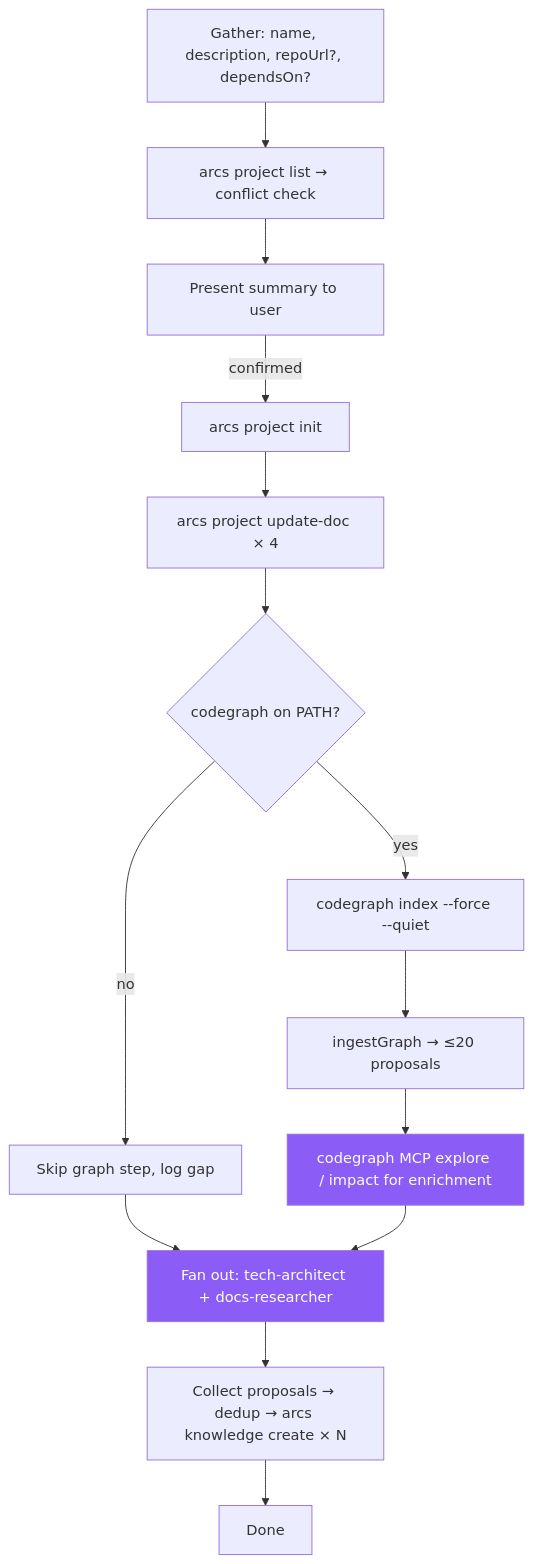
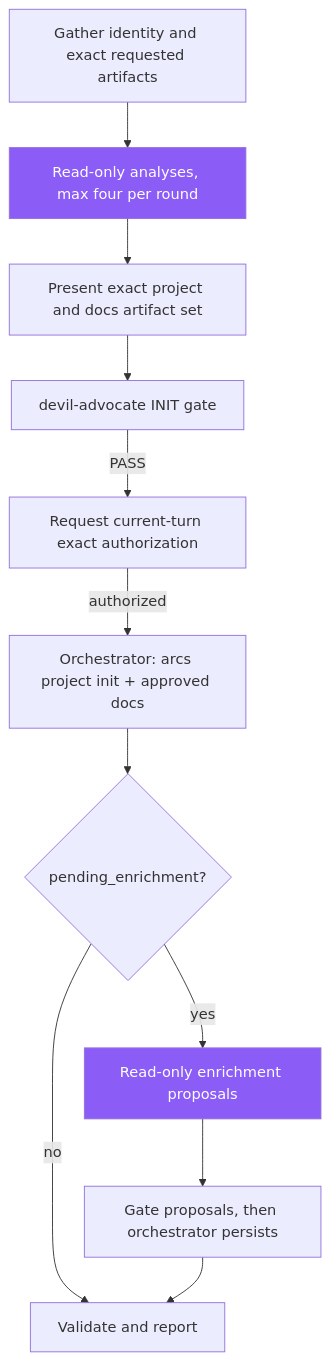
One commit to rryando/arcs changed the diagram in skills/init-project.md. Above: the diagram before and after it, drawn with Mermaid. The commit also changed other lines of this file and 70 other files, not shown here.

````diff
--- a/skills/init-project.md
+++ b/skills/init-project.md
@@ -14,17 +14,15 @@
 ```mermaid
 flowchart TD
     classDef sub fill:#8b5cf6,color:#fff
 
-    A[Gather: name, description, repoUrl?, dependsOn?] --> B[arcs project list → conflict check]
-    B --> C[Present summary to user]
-    C -->|confirmed| D[arcs project init]
-    D --> E[arcs project update-doc × 4]
-    E --> F{codegraph on PATH?}
-    F -->|yes| G[codegraph index --force --quiet]
-    F -->|no| H[Skip graph step, log gap]
-    G --> G2[ingestGraph → ≤20 proposals]
-    G2 --> G3[codegraph MCP explore / impact for enrichment]:::sub
-    H & G3 --> I[Fan out: tech-architect + docs-researcher]:::sub
-    I --> J[Collect proposals → dedup → arcs knowledge create × N]
-    J --> K[Done]
+    A[Gather identity and exact requested artifacts] --> B[Read-only analyses, max four per round]:::sub
+    B --> C[Present exact project and docs artifact set]
+    C --> D[devil-advocate INIT gate]
+    D -->|PASS| E[Request current-turn exact authorization]
+    E -->|authorized| F[Orchestrator: arcs project init + approved docs]
+    F --> G{pending_enrichment?}
+    G -->|yes| H[Read-only enrichment proposals]:::sub
+    H --> I[Gate proposals, then orchestrator persists]
+    G -->|no| J[Validate and report]
+    I --> J
 ```
````
